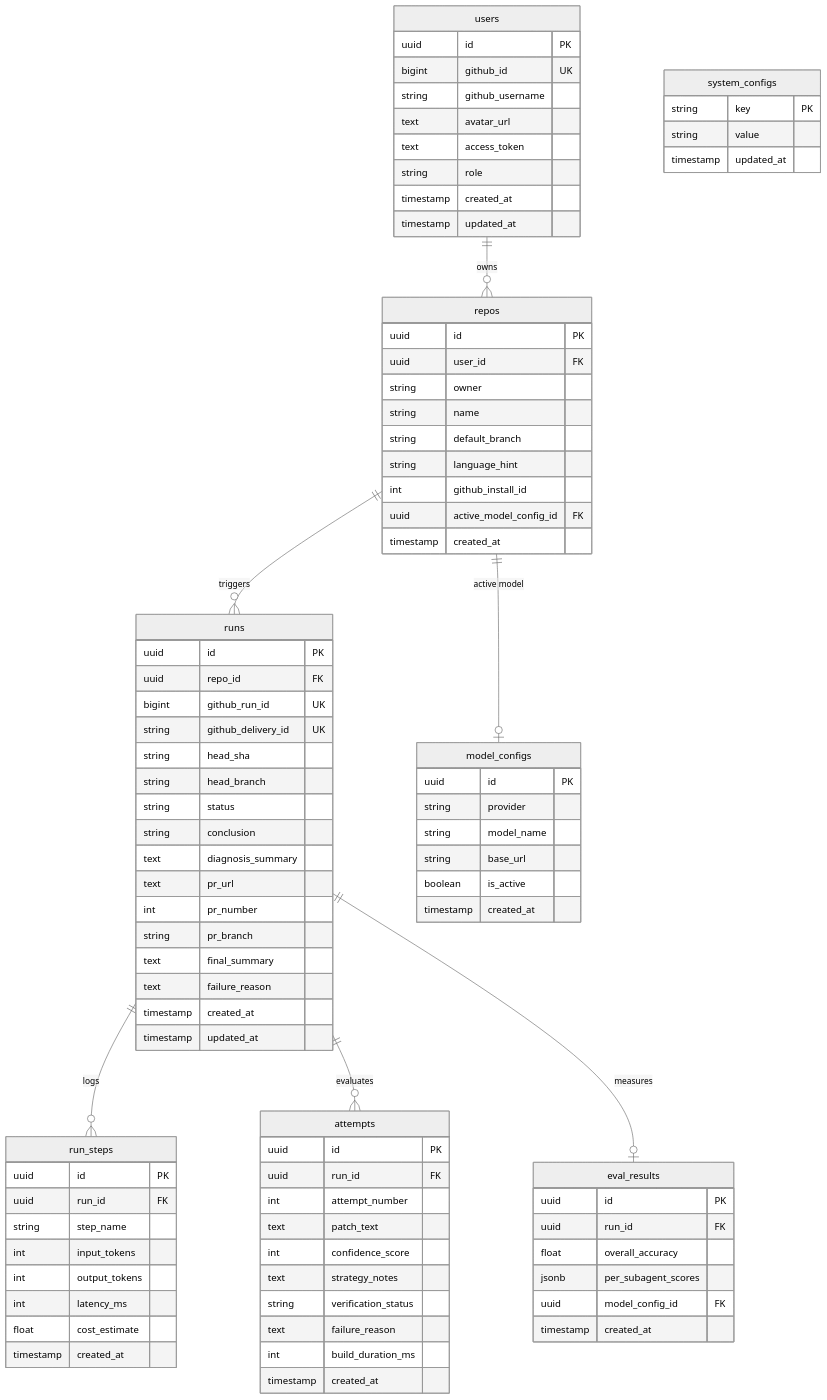
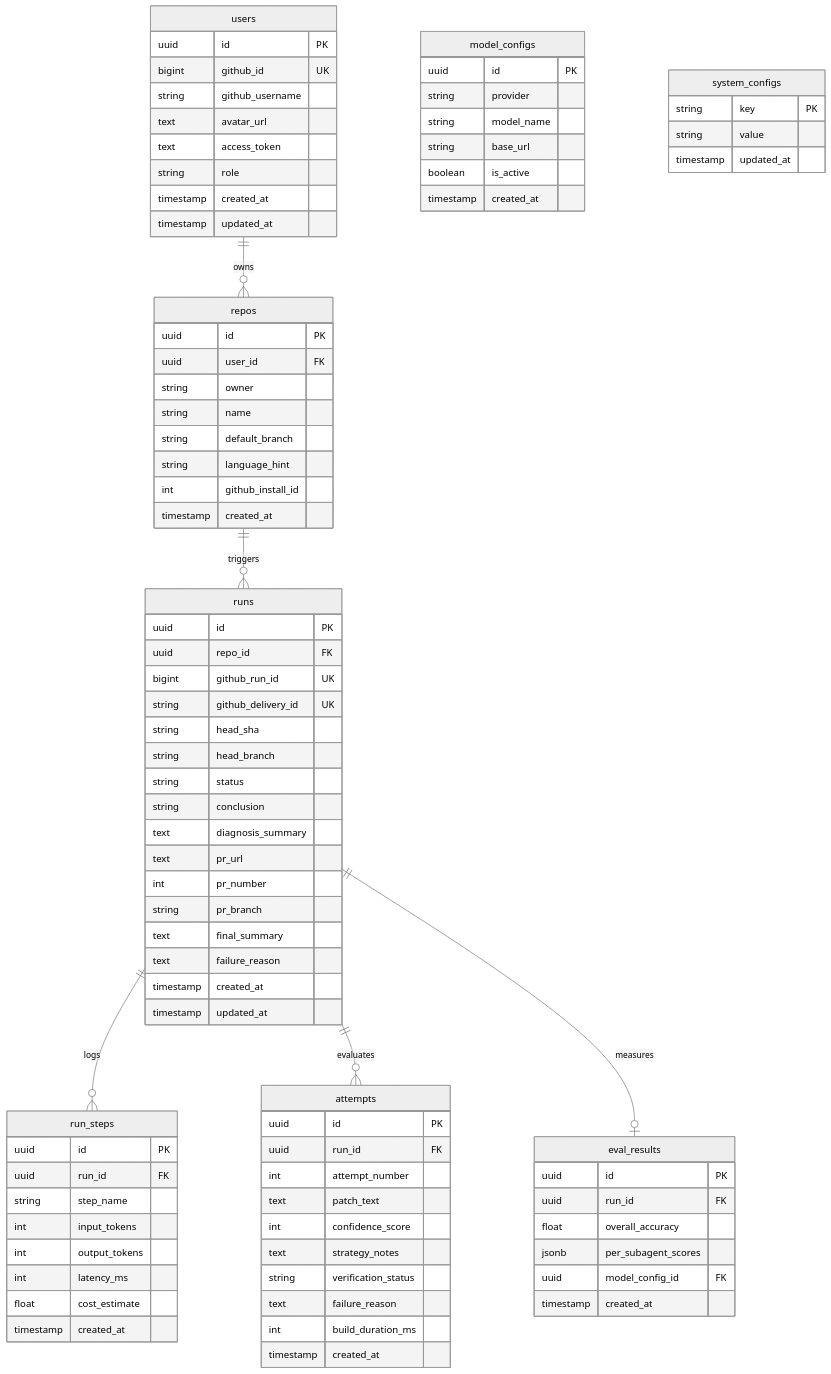
One commit to kaiizer777/Haunter changed the second of 2 diagrams in HAUNTER.md. Above: the diagram before and after it, drawn with Mermaid (neutral theme). The commit also changed other lines of this file, not shown here.

Commit message:
docs: update model config docs for global-only

```diff
--- a/HAUNTER.md
+++ b/HAUNTER.md
@@ -393,7 +393,6 @@
     }
 
     repos ||--o{ runs : triggers
-    repos ||--o| model_configs : "active model"
     repos {
         uuid id PK
         uuid user_id FK
@@ -402,7 +401,6 @@
         string default_branch
         string language_hint
         int github_install_id
-        uuid active_model_config_id FK
         timestamp created_at
     }
 
```
